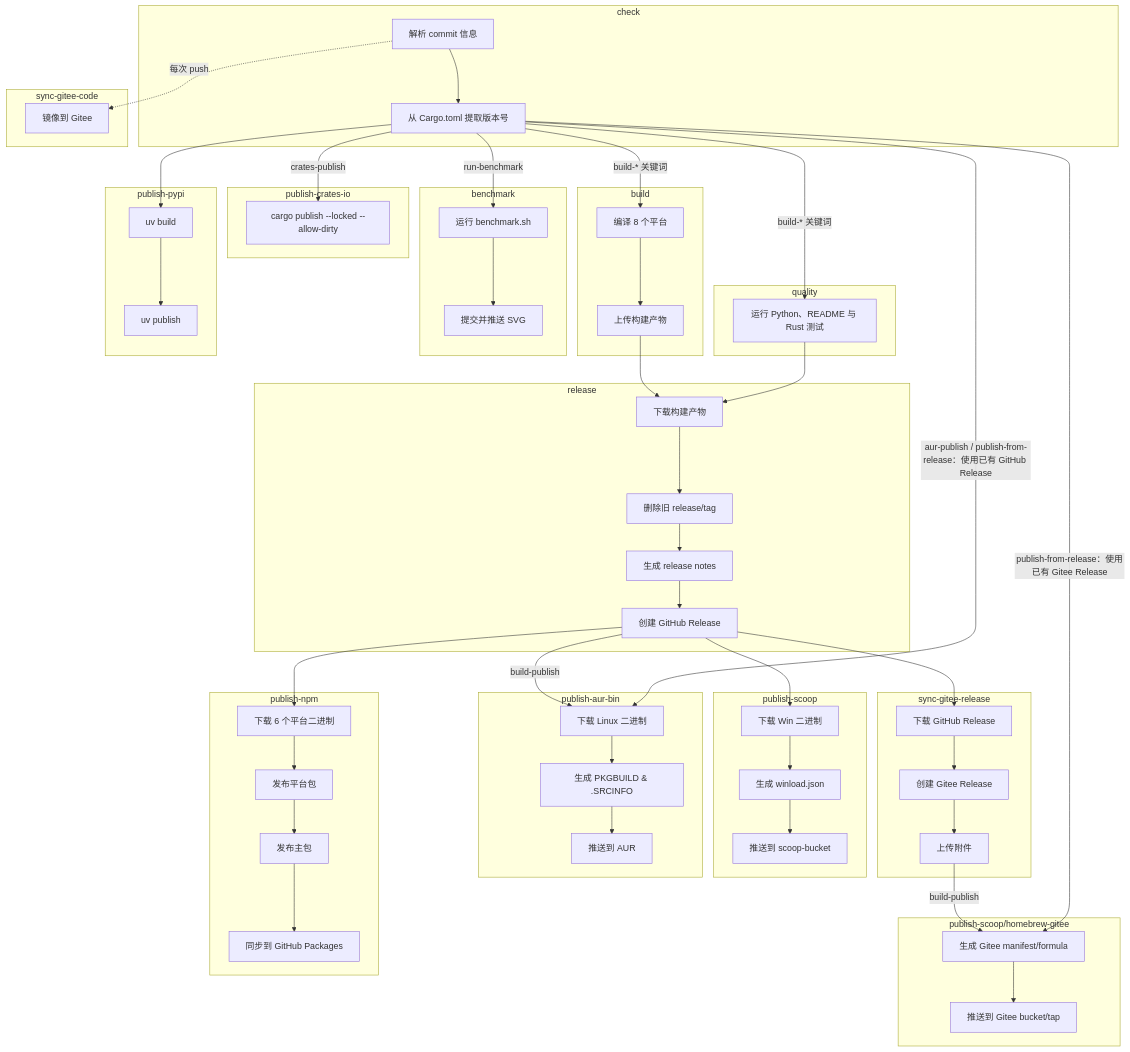
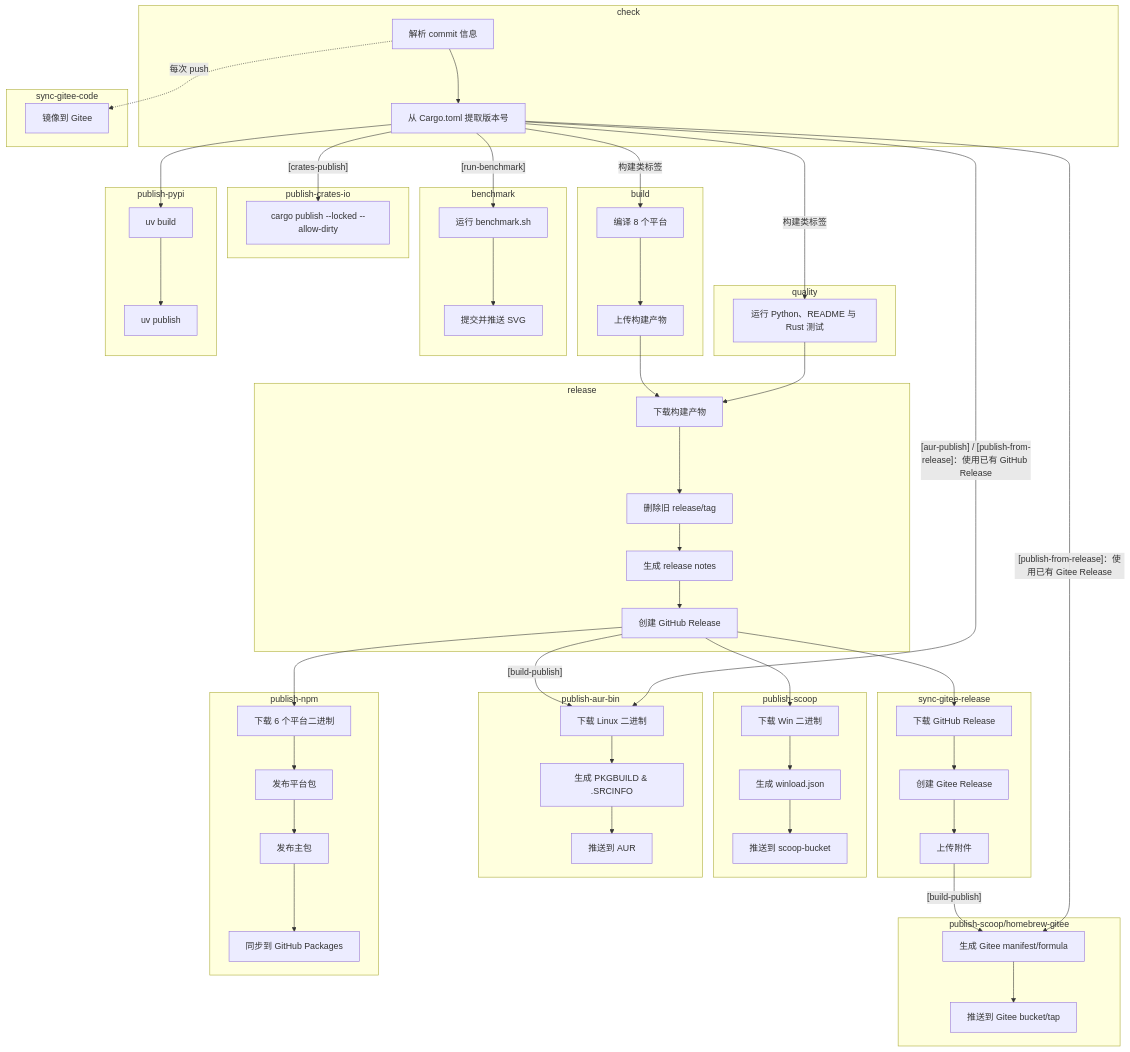
The diagram in .github/workflows/build.zh-cn.md (VincentZyuApps/winload), drawn with Mermaid before and after one commit. The commit also changed other lines of this file and 8 other files, not shown here.

````diff
--- a/.github/workflows/build.zh-cn.md
+++ b/.github/workflows/build.zh-cn.md
@@ -249,27 +250,27 @@
 
     C1 --> C2
     C1 -."每次 push".-> SC1
-    C2 --"build-* 关键词"--> B1
-    C2 --"build-* 关键词"--> T1
-    C2 --"run-benchmark"--> BM1
+    C2 --"构建类标签"--> B1
+    C2 --"构建类标签"--> T1
+    C2 --"[run-benchmark]"--> BM1
     C2 --> PY1
     BM1 --> BM2
     PY1 --> PY2
     B1 --> B2
     B2 --> R1
     T1 --> R1
-    C2 --"crates-publish"--> CR1
+    C2 --"[crates-publish]"--> CR1
     R1 --> R2 --> R3 --> R4
     R4 --> S1
     S1 --> S2 --> S3
-    R4 --"build-publish"--> A1
-    C2 --"aur-publish / publish-from-release：使用已有 GitHub Release"--> A1
+    R4 --"[build-publish]"--> A1
+    C2 --"[aur-publish] / [publish-from-release]：使用已有 GitHub Release"--> A1
     A1 --> A2 --> A3
     R4 --> N1
     N1 --> N2 --> N3 --> N4
     R4 --> SR1
     SR1 --> SR2 --> SR3
-    SR3 --"build-publish"--> G1
-    C2 --"publish-from-release：使用已有 Gitee Release"--> G1
+    SR3 --"[build-publish]"--> G1
+    C2 --"[publish-from-release]：使用已有 Gitee Release"--> G1
     G1 --> G2
 ```
````
